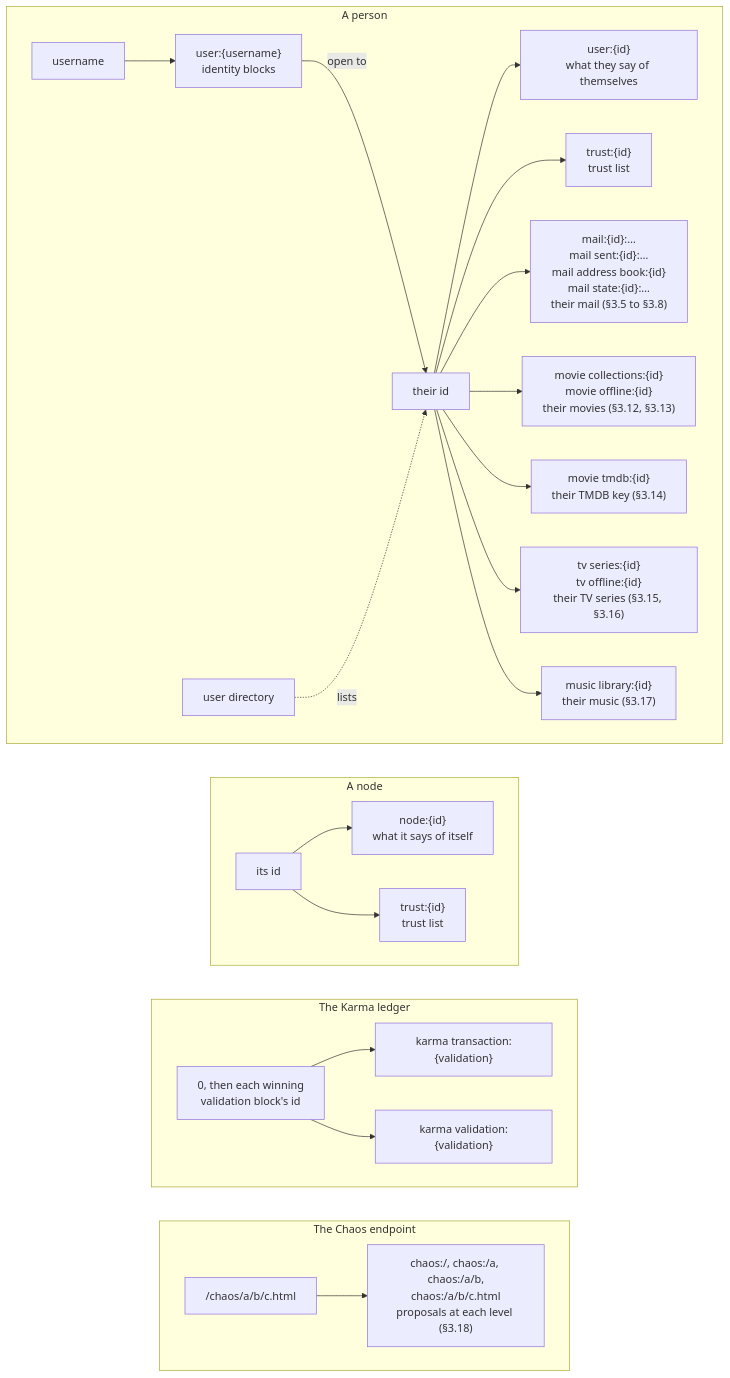
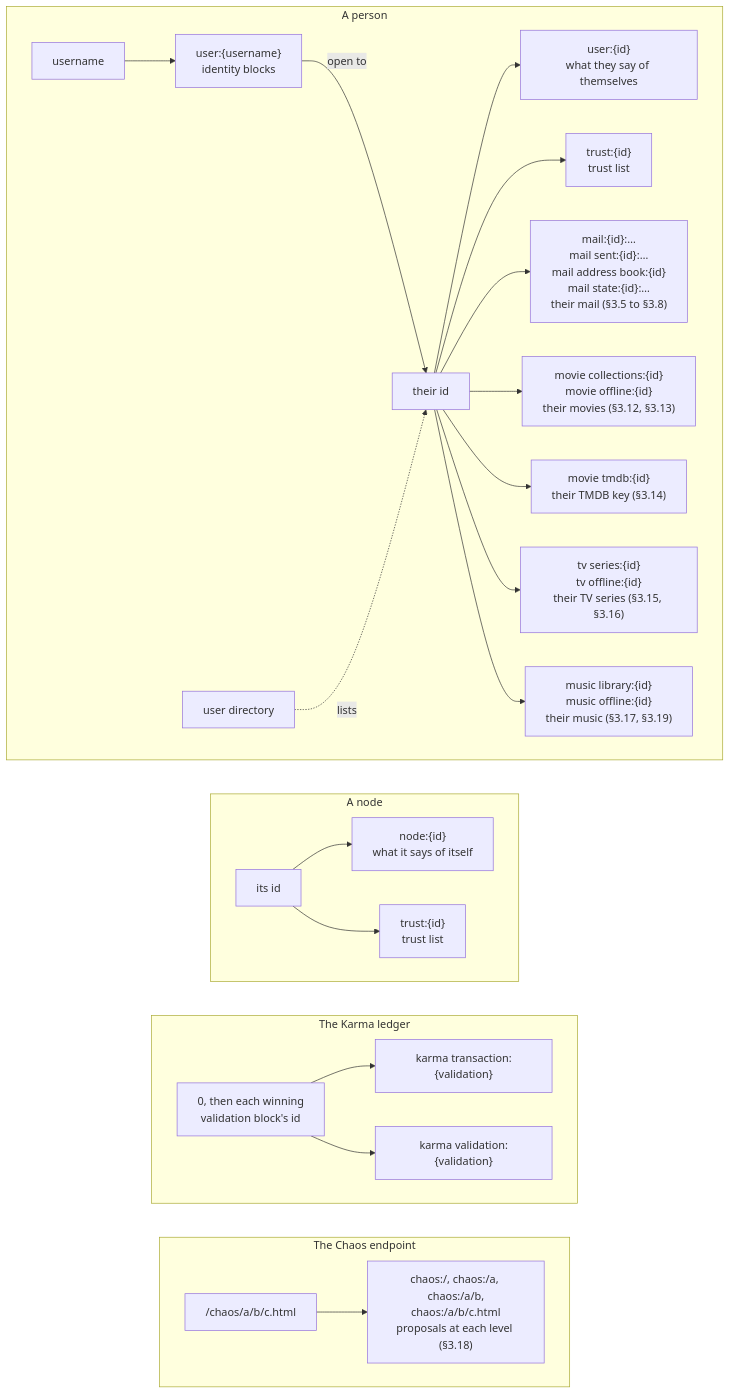
One commit to marcpage/libranet changed the first of 2 diagrams in docs/specs/KnownDrops.md. Above: the diagram before and after it, drawn with Mermaid. The commit also changed other lines of this file and 4 other files, not shown here.

````diff
--- a/docs/specs/KnownDrops.md
+++ b/docs/specs/KnownDrops.md
@@ -41,33 +42,33 @@
 ```mermaid
 flowchart TB
     subgraph person["A person"]
         direction LR
         username["username"] --> blocks["user:{username}<br/>identity blocks"]
         blocks -->|"open to"| pid["their id"]
         directory["user directory"] -.->|lists| pid
         pid --> says["user:{id}<br/>what they say of themselves"]
         pid --> ptrust["trust:{id}<br/>trust list"]
         pid --> mail["mail:{id}:…<br/>mail sent:{id}:…<br/>mail address book:{id}<br/>mail state:{id}:…<br/>their mail (§3.5 to §3.8)"]
         pid --> movie["movie collections:{id}<br/>movie offline:{id}<br/>their movies (§3.12, §3.13)"]
         pid --> tmdb["movie tmdb:{id}<br/>their TMDB key (§3.14)"]
         pid --> tv["tv series:{id}<br/>tv offline:{id}<br/>their TV series (§3.15, §3.16)"]
-        pid --> music["music library:{id}<br/>their music (§3.17)"]
+        pid --> music["music library:{id}<br/>music offline:{id}<br/>their music (§3.17, §3.19)"]
     end
     subgraph node["A node"]
         direction LR
         nid["its id"] --> nsays["node:{id}<br/>what it says of itself"]
         nid --> ntrust["trust:{id}<br/>trust list"]
     end
     subgraph karma["The Karma ledger"]
         direction LR
         validation["0, then each winning<br/>validation block's id"] --> kt["karma transaction:{validation}"]
         validation --> kv["karma validation:{validation}"]
     end
     subgraph chaos["The Chaos endpoint"]
         direction LR
         cpath["/chaos/a/b/c.html"] --> clevels["chaos:/, chaos:/a, chaos:/a/b,<br/>chaos:/a/b/c.html<br/>proposals at each level (§3.18)"]
     end
     person ~~~ node
     node ~~~ karma
     karma ~~~ chaos
 ```
````
